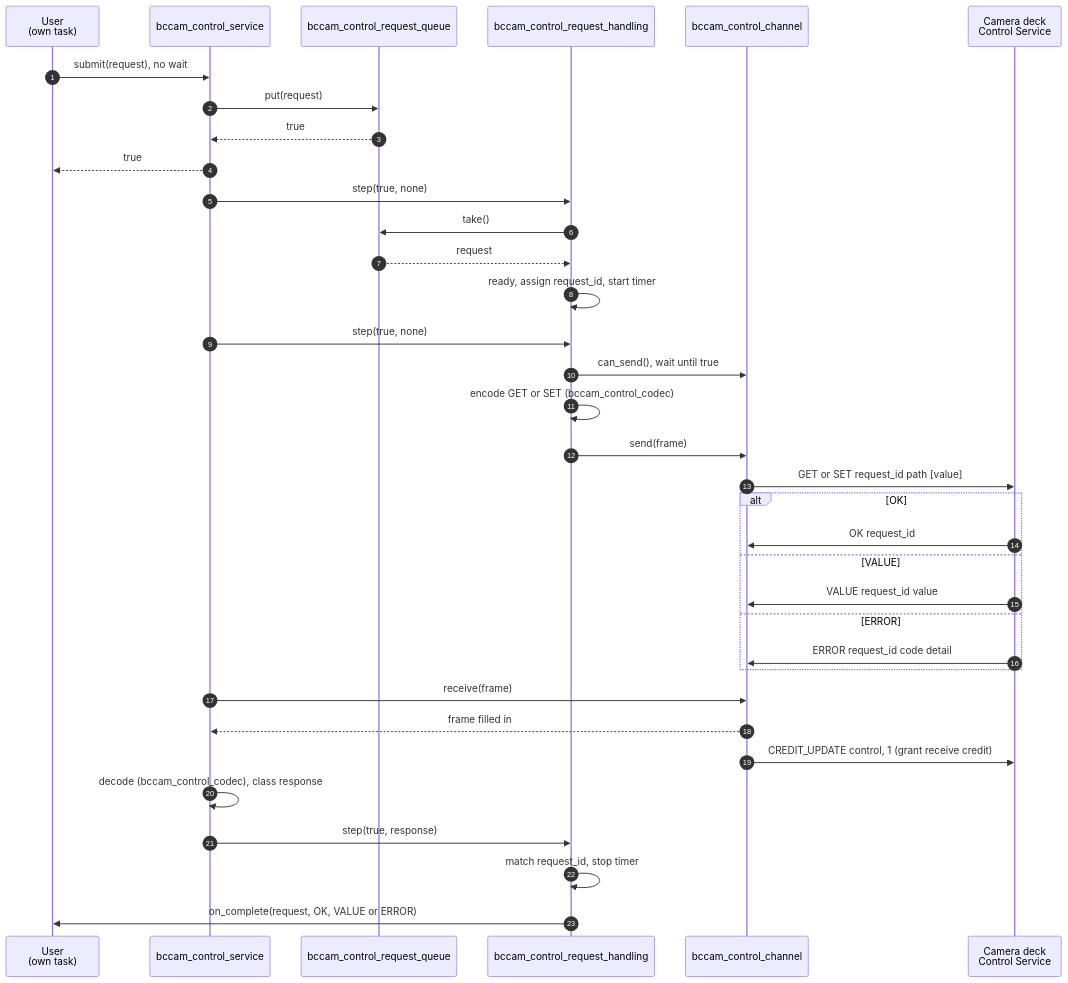
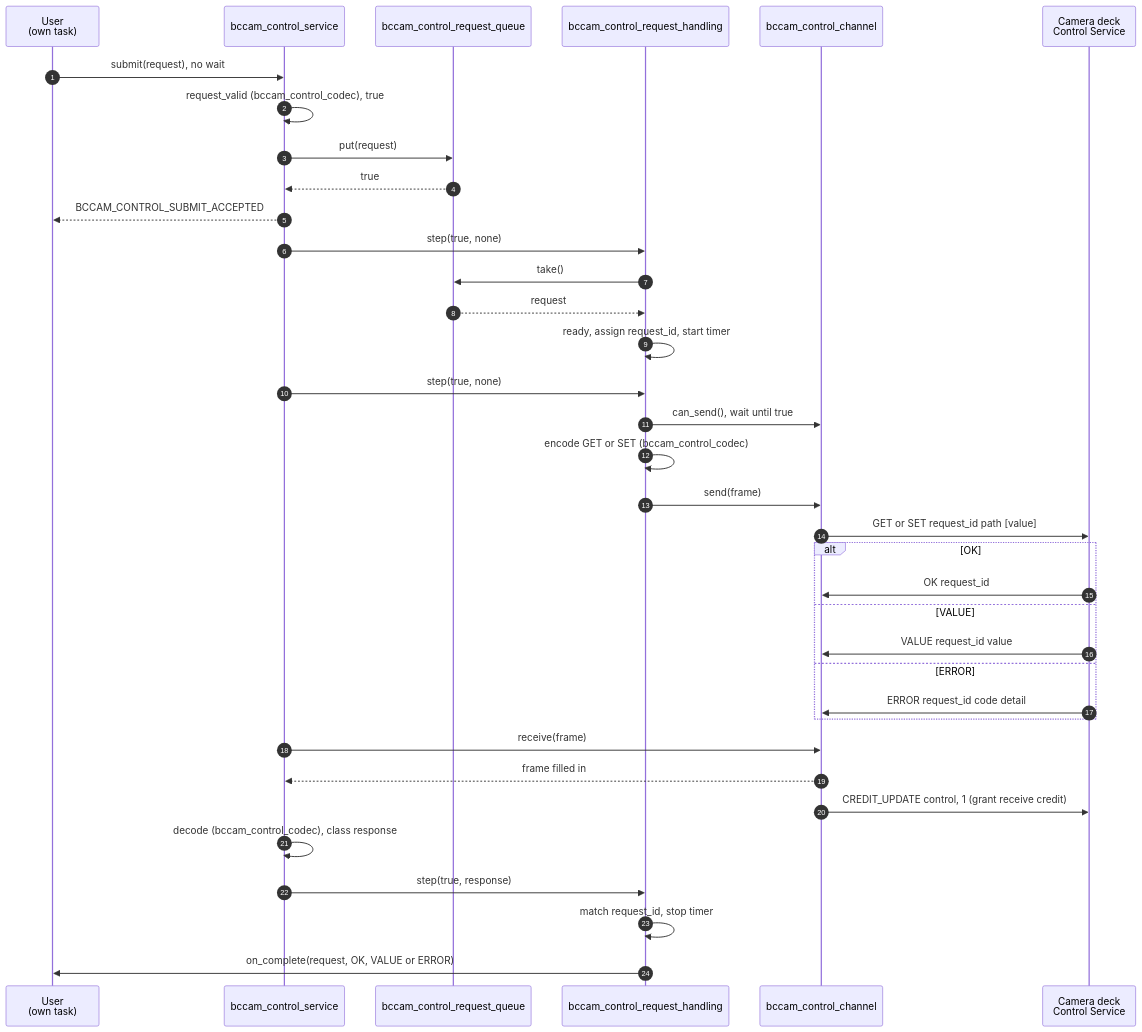
The fifth of 10 diagrams in docs/functional-areas/camera-deck-control.md (bitcraze/crazyflie-firmware), drawn with Mermaid before and after one commit. The commit also changed other lines of this file, not shown here.

Commit message:
doc: Check if request is valid

````diff
--- a/docs/functional-areas/camera-deck-control.md
+++ b/docs/functional-areas/camera-deck-control.md
@@ -480,38 +494,39 @@
 ```mermaid
 sequenceDiagram
     autonumber
     participant U as User<br/>(own task)
     participant CS as bccam_control_service
     participant Q as bccam_control_request_queue
     participant H as bccam_control_request_handling
     participant Ch as bccam_control_channel
     participant D as Camera deck<br/>Control Service
 
     U->>CS: submit(request), no wait
+    CS->>CS: request_valid (bccam_control_codec), true
     CS->>Q: put(request)
     Q-->>CS: true
-    CS-->>U: true
+    CS-->>U: BCCAM_CONTROL_SUBMIT_ACCEPTED
     CS->>H: step(true, none)
     H->>Q: take()
     Q-->>H: request
     H->>H: ready, assign request_id, start timer
     CS->>H: step(true, none)
     H->>Ch: can_send(), wait until true
     H->>H: encode GET or SET (bccam_control_codec)
     H->>Ch: send(frame)
     Ch->>D: GET or SET request_id path [value]
     alt OK
         D->>Ch: OK request_id
     else VALUE
         D->>Ch: VALUE request_id value
     else ERROR
         D->>Ch: ERROR request_id code detail
     end
     CS->>Ch: receive(frame)
     Ch-->>CS: frame filled in
     Ch->>D: CREDIT_UPDATE control, 1 (grant receive credit)
     CS->>CS: decode (bccam_control_codec), class response
     CS->>H: step(true, response)
     H->>H: match request_id, stop timer
     H->>U: on_complete(request, OK, VALUE or ERROR)
 ```
````
